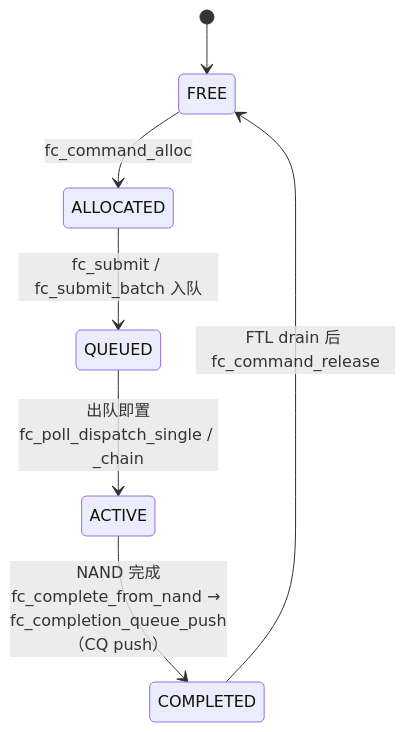
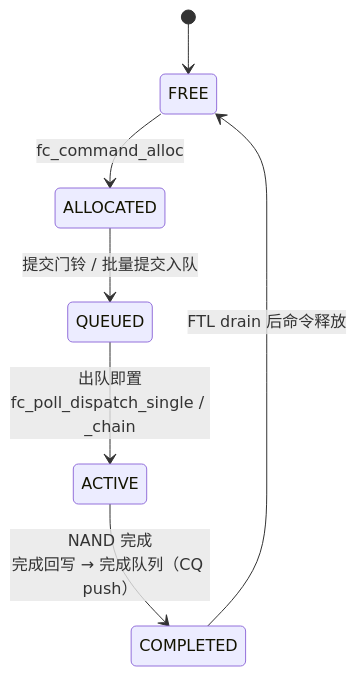
One commit to YzYMIAO/BASESSD changed diagram 16 of 18 in docs/design/fc_nand_design.md. Above: the diagram before and after it, drawn with Mermaid. The commit also changed other lines of this file and 49 other files, not shown here.

````diff
--- a/docs/design/fc_nand_design.md
+++ b/docs/design/fc_nand_design.md
@@ -2231,9 +2170,9 @@
 ```mermaid
 stateDiagram-v2
     [*] --> FREE
     FREE --> ALLOCATED: fc_command_alloc
-    ALLOCATED --> QUEUED: fc_submit / fc_submit_batch 入队
+    ALLOCATED --> QUEUED: 提交门铃 / 批量提交入队
     QUEUED --> ACTIVE: 出队即置<br/>fc_poll_dispatch_single / _chain
-    ACTIVE --> COMPLETED: NAND 完成<br/>fc_complete_from_nand → fc_completion_queue_push（CQ push）
-    COMPLETED --> FREE: FTL drain 后 fc_command_release
+    ACTIVE --> COMPLETED: NAND 完成<br/>完成回写 → 完成队列（CQ push）
+    COMPLETED --> FREE: FTL drain 后命令释放
 ```
````
